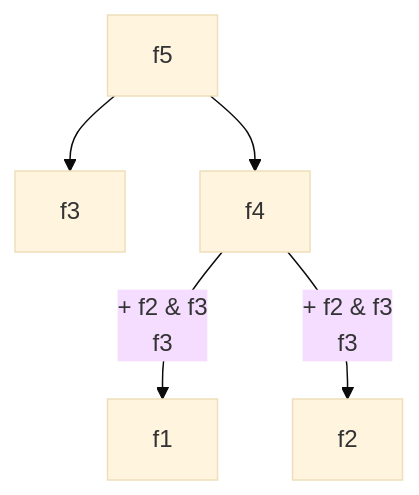
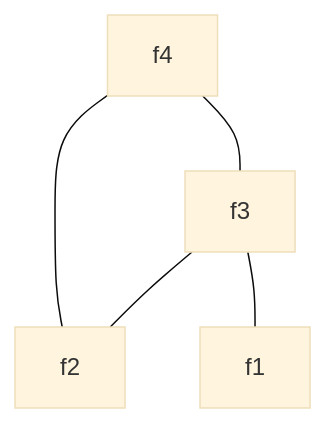
Before and after one commit to bfeitknecht/vault: the diagram in wiki/dynamic programming.md, drawn with Mermaid (base theme). The commit also changed 1 other file, not shown here.

Commit message:
backup: 2024-09-19T22:04:13+02:00 from MacBook Pro (echo)
Affected files:
.obsidian/vault-stats.json
wiki/dynamic programming.md

````diff
--- a/wiki/dynamic programming.md
+++ b/wiki/dynamic programming.md
@@ -6,14 +6,6 @@
 ```mermaid
 flowchart TD
 
-f1
-f2
-f3
-f4
-f5
-
-
-f5 --> f3 & f4
-f4 --+ f2 & f3
-f3 --> f1 & f2
+f4 --- f2 & f3
+f3 --- f1 & f2
 ```
````
